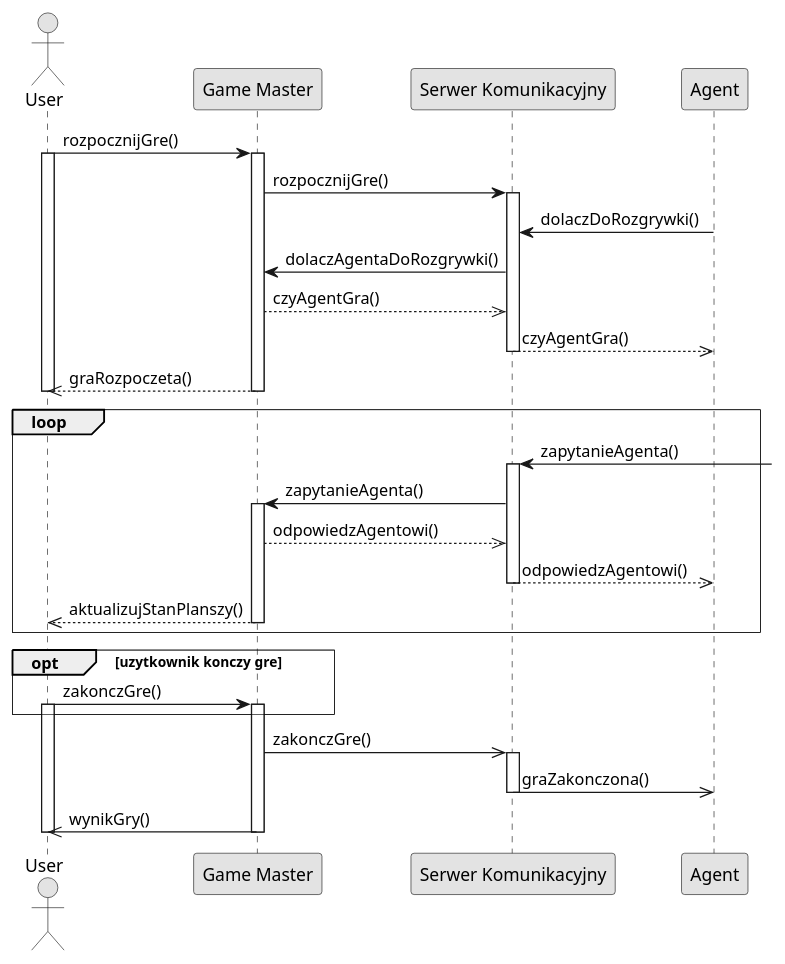
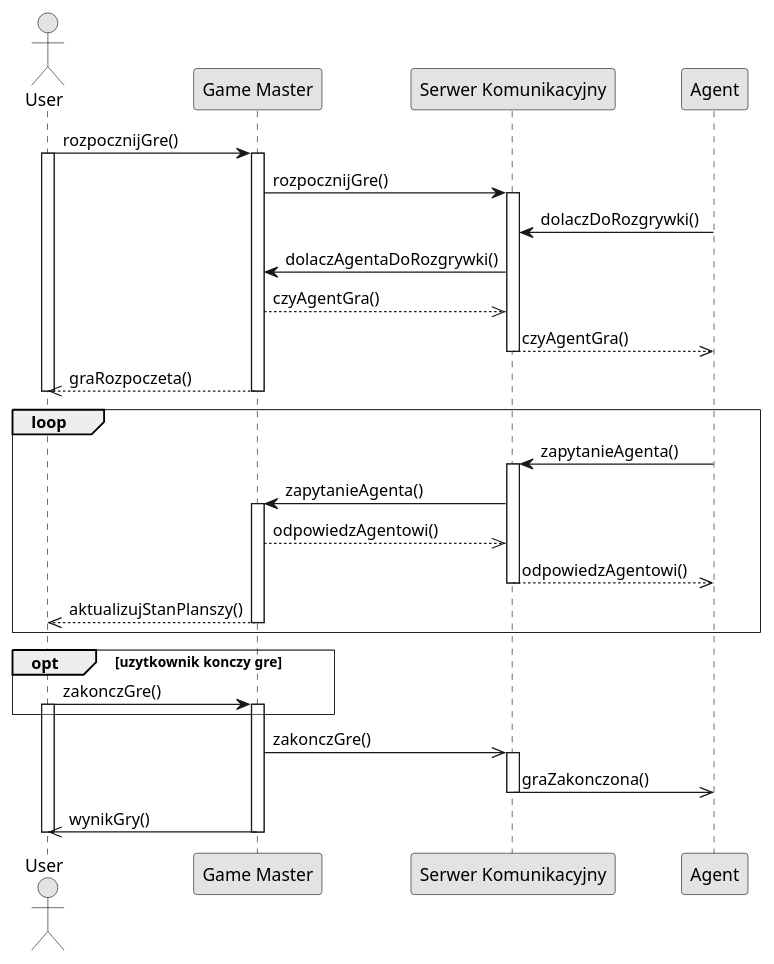
Before and after one commit to MINI-IO/IO-project-game: the diagram in UML/SequenceDiagram/GM.puml, drawn with PlantUML.

```diff
--- a/UML/SequenceDiagram/GM.puml
+++ b/UML/SequenceDiagram/GM.puml
@@ -1,59 +1,59 @@
 @startuml
 
 skinparam shadowing false
 skinparam monochrome true
 skinparam sequenceGroupBorderThickness 0.5
 
 actor User
 participant "Game Master" as gm
 participant "Serwer Komunikacyjny" as sk
 
 User -> gm: rozpocznijGre()
 activate User
 activate gm
 gm -> sk: rozpocznijGre()
 activate sk
 
 sk <- Agent: dolaczDoRozgrywki()
 sk -> gm: dolaczAgentaDoRozgrywki()
 gm -->> sk: czyAgentGra()
 sk -->> Agent : czyAgentGra()
 deactivate sk
 
 gm -->> User: graRozpoczeta()
 deactivate gm
 deactivate User
 
 loop
-	sk <- :zapytanieAgenta()
+	sk <- Agent :zapytanieAgenta()
 	activate sk
 	sk -> gm: zapytanieAgenta()
 	activate gm
 	gm -->> sk: odpowiedzAgentowi()
 	sk -->> Agent : odpowiedzAgentowi()
 	deactivate sk
 	
 	gm -->> User: aktualizujStanPlanszy()
 	deactivate gm
 end
 
 opt uzytkownik konczy gre
 	User -> gm: zakonczGre()
 	activate User
 	activate gm
 end
 
 gm ->> sk: zakonczGre()
 activate sk
 sk ->> Agent : graZakonczona()
 deactivate sk
 
 gm ->> User: wynikGry()
 deactivate gm
 deactivate User
 
 deactivate User
 deactivate gm
 deactivate sk
 
 @enduml
```
